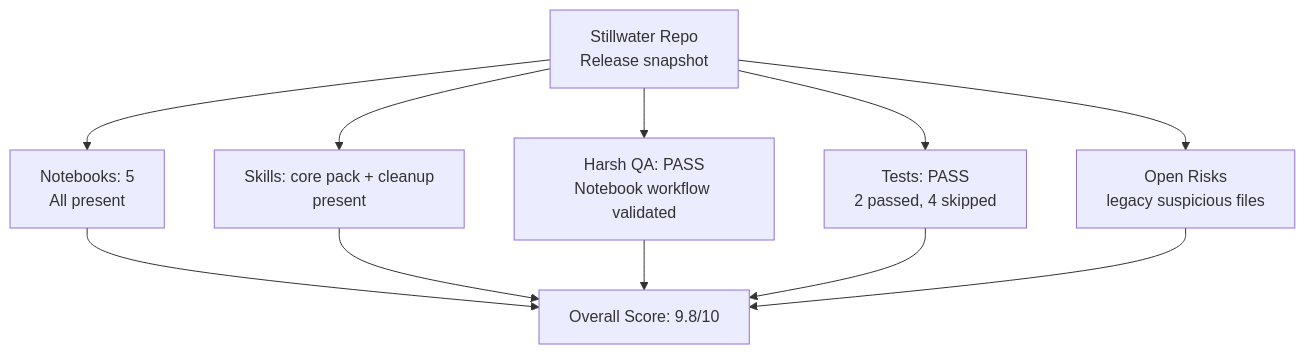
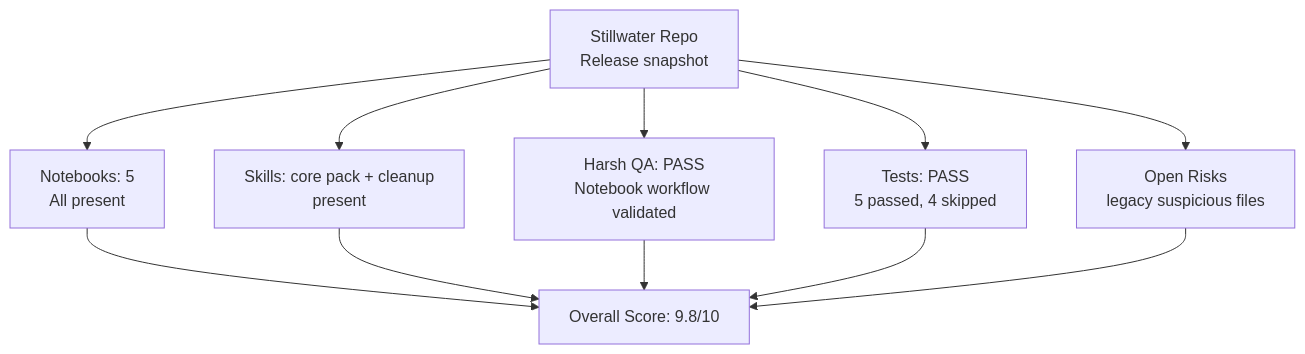
One commit to phuctruong/stillwater changed the diagram in FINAL-AUDIT.md. Above: the diagram before and after it, drawn with Mermaid. The commit also changed other lines of this file and 2 other files, not shown here.

````diff
--- a/FINAL-AUDIT.md
+++ b/FINAL-AUDIT.md
@@ -16,14 +16,14 @@
 ```mermaid
 flowchart TD
     R["Stillwater Repo\nRelease snapshot"] --> NB["Notebooks: 5\nAll present"]
     R --> SK["Skills: core pack + cleanup\npresent"]
     R --> QA["Harsh QA: PASS\nNotebook workflow validated"]
-    R --> T["Tests: PASS\n2 passed, 4 skipped"]
+    R --> T["Tests: PASS\n5 passed, 4 skipped"]
     R --> RISK["Open Risks\nlegacy suspicious files"]
 
     NB --> S["Overall Score: 9.8/10"]
     SK --> S
     QA --> S
     T --> S
     RISK --> S
 ```
````
